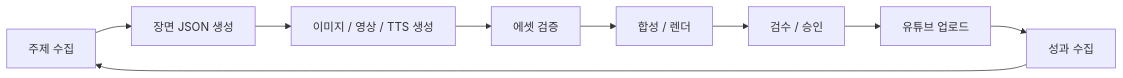
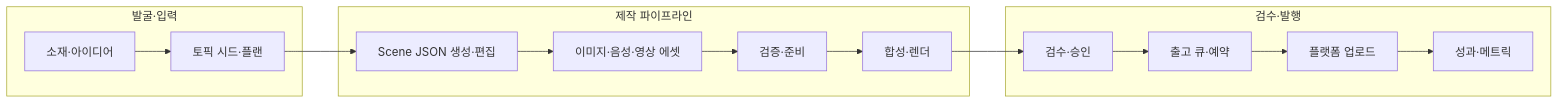
Before and after one commit to seoyong-lee/automata-infra: the first of 2 diagrams in docs/architecture.md, drawn with Mermaid. The commit also changed other lines of this file and 35 other files, not shown here.

````diff
--- a/docs/architecture.md
+++ b/docs/architecture.md
@@ -9,11 +25,21 @@
 ```mermaid
 flowchart LR
-A[주제 수집] --> B[장면 JSON 생성]
-B --> C[이미지 / 영상 / TTS 생성]
-C --> D[에셋 검증]
-D --> E[합성 / 렌더]
-E --> F[검수 / 승인]
-F --> G[유튜브 업로드]
-G --> H[성과 수집]
-H --> A
+  subgraph intake [발굴·입력]
+    S[소재·아이디어]
+    T[토픽 시드·플랜]
+  end
+  subgraph pipe [제작 파이프라인]
+    B[Scene JSON 생성·편집]
+    C[이미지·음성·영상 에셋]
+    D[검증·준비]
+    E[합성·렌더]
+  end
+  subgraph ship [검수·발행]
+    F[검수·승인]
+    Q[출고 큐·예약]
+    G[플랫폼 업로드]
+    M[성과·메트릭]
+  end
+  S --> T
+  T --> B --> C --> D --> E --> F --> Q --> G --> M
 ```
````
